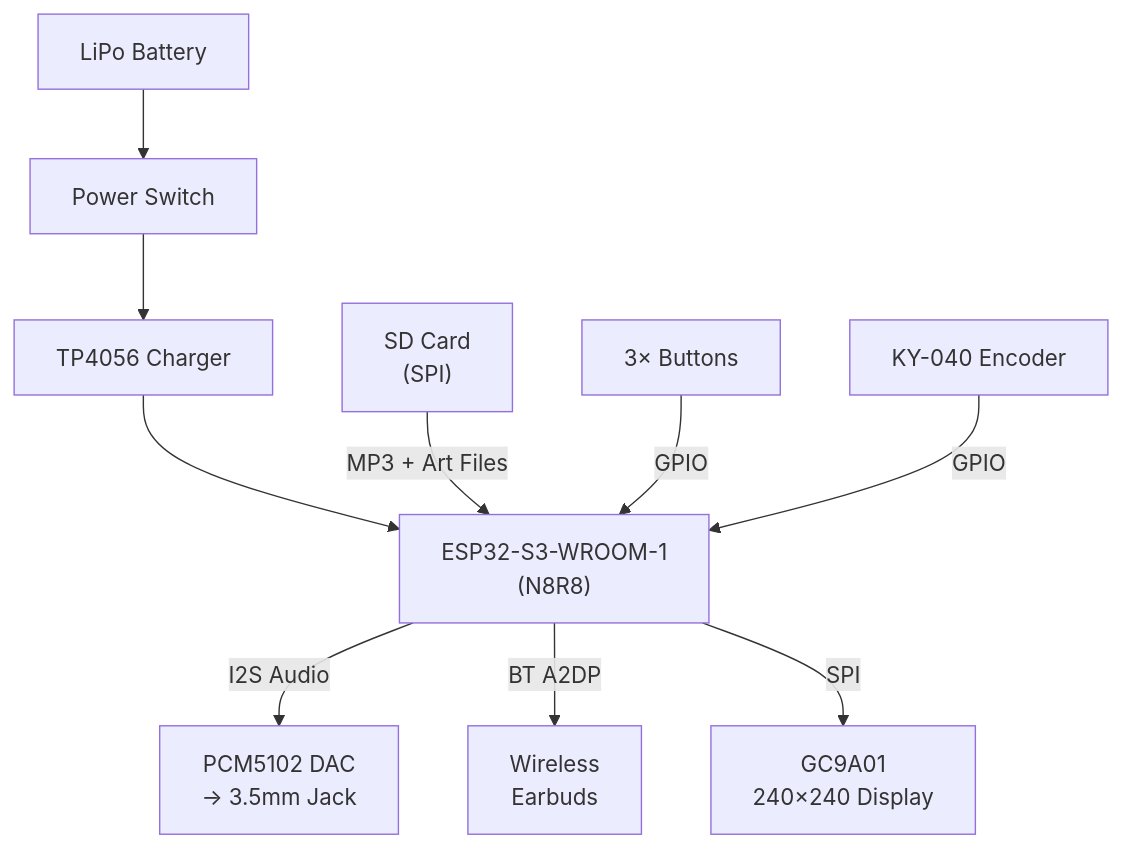
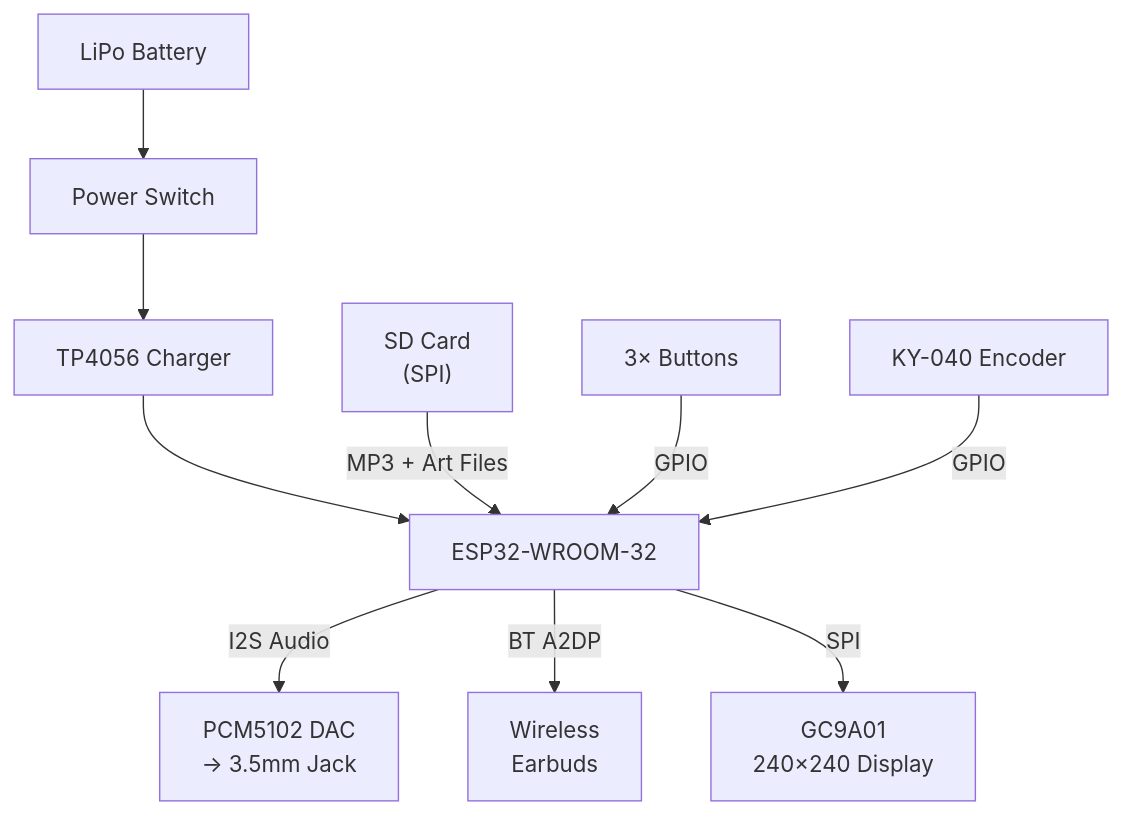
Before and after one commit to PotatoPeaSea/Pseudo-Vinyl-MP3-Player: the first of 2 diagrams in docs/PRD.md, drawn with Mermaid. The commit also changed other lines of this file and 23 other files, not shown here.

First line of the commit message:
Port firmware to ESP32-WROOM-32 for Bluetooth A2DP support

````diff
--- a/docs/PRD.md
+++ b/docs/PRD.md
@@ -136,12 +139,12 @@
 ```mermaid
 graph TD
     BAT["LiPo Battery"] --> SW["Power Switch"]
     SW --> TP["TP4056 Charger"]
-    TP --> ESP["ESP32-S3-WROOM-1<br/>(N8R8)"]
+    TP --> ESP["ESP32-WROOM-32"]
     SD["SD Card<br/>(SPI)"] -->|MP3 + Art Files| ESP
     ESP -->|I2S Audio| DAC["PCM5102 DAC<br/>→ 3.5mm Jack"]
     ESP -->|BT A2DP| BT["Wireless<br/>Earbuds"]
     ESP -->|SPI| LCD["GC9A01<br/>240×240 Display"]
     BTN["3× Buttons"] -->|GPIO| ESP
     ENC["KY-040 Encoder"] -->|GPIO| ESP
 ```
````
